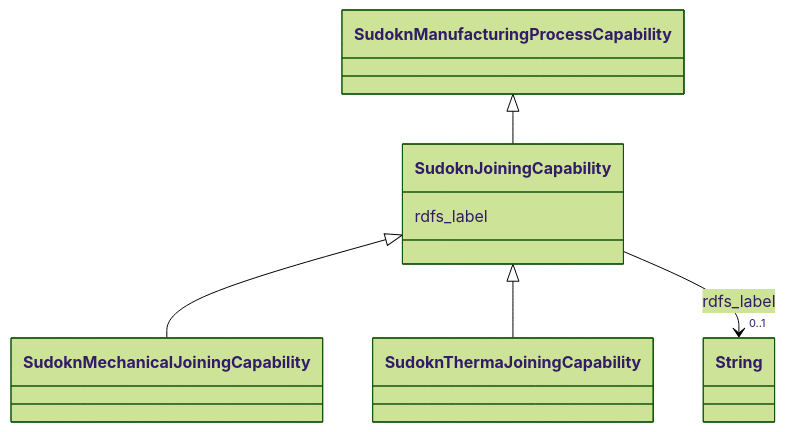
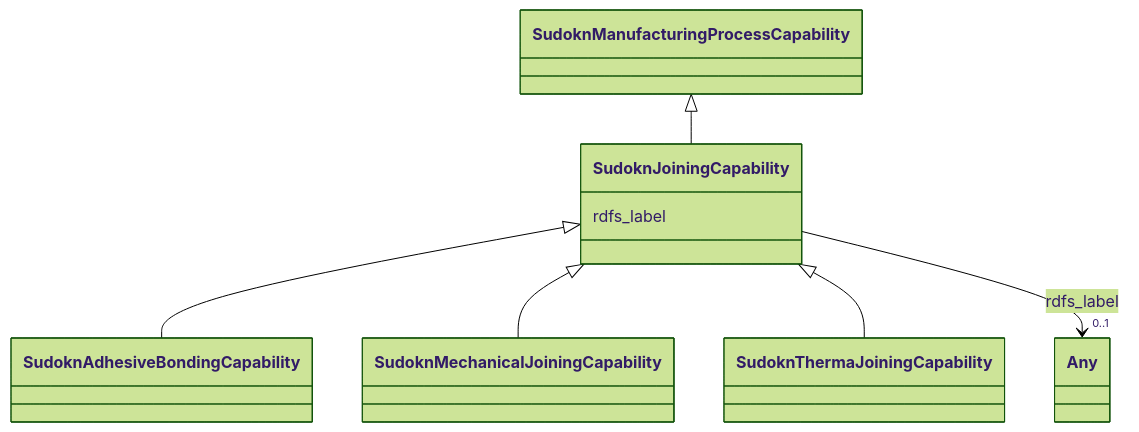
The diagram in sudokn-kg/classes/SudoknJoiningCapability.md (frink-okn/graph-descriptions), drawn with Mermaid (forest theme) before and after one commit. The commit also changed other lines of this file and 903 other files, not shown here.

````diff
--- a/sudokn-kg/classes/SudoknJoiningCapability.md
+++ b/sudokn-kg/classes/SudoknJoiningCapability.md
@@ -23,25 +18,27 @@
 ```mermaid
  classDiagram
     class SudoknJoiningCapability
     click SudoknJoiningCapability href "../SudoknJoiningCapability"
       SudoknManufacturingProcessCapability <|-- SudoknJoiningCapability
         click SudoknManufacturingProcessCapability href "../SudoknManufacturingProcessCapability"
       
 
+      SudoknJoiningCapability <|-- SudoknAdhesiveBondingCapability
+        click SudoknAdhesiveBondingCapability href "../SudoknAdhesiveBondingCapability"
       SudoknJoiningCapability <|-- SudoknMechanicalJoiningCapability
         click SudoknMechanicalJoiningCapability href "../SudoknMechanicalJoiningCapability"
       SudoknJoiningCapability <|-- SudoknThermaJoiningCapability
         click SudoknThermaJoiningCapability href "../SudoknThermaJoiningCapability"
       
       
       SudoknJoiningCapability : rdfs_label
         
           
     
     
-    SudoknJoiningCapability --> "0..1" String : rdfs_label
-    click String href "../String"
+    SudoknJoiningCapability --> "0..1" Any : rdfs_label
+    click Any href "../Any"
 
         
       
 ```
````
